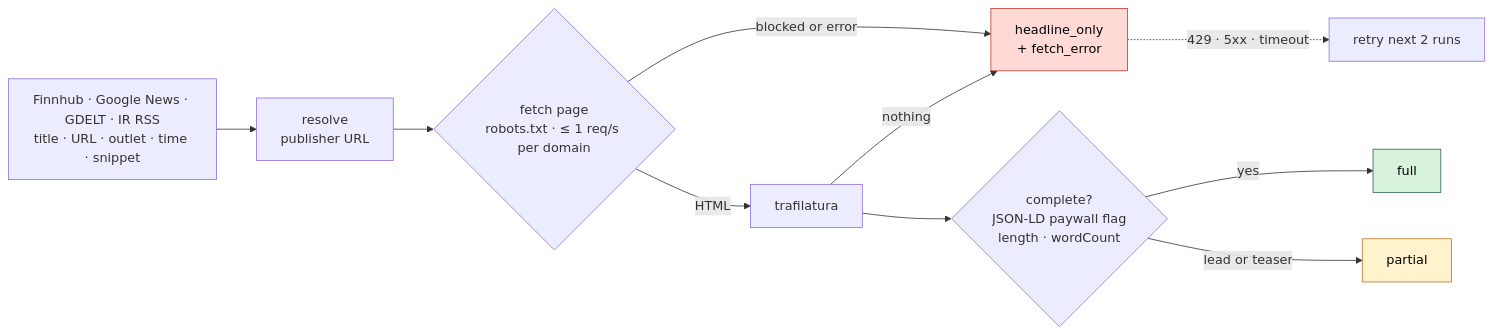
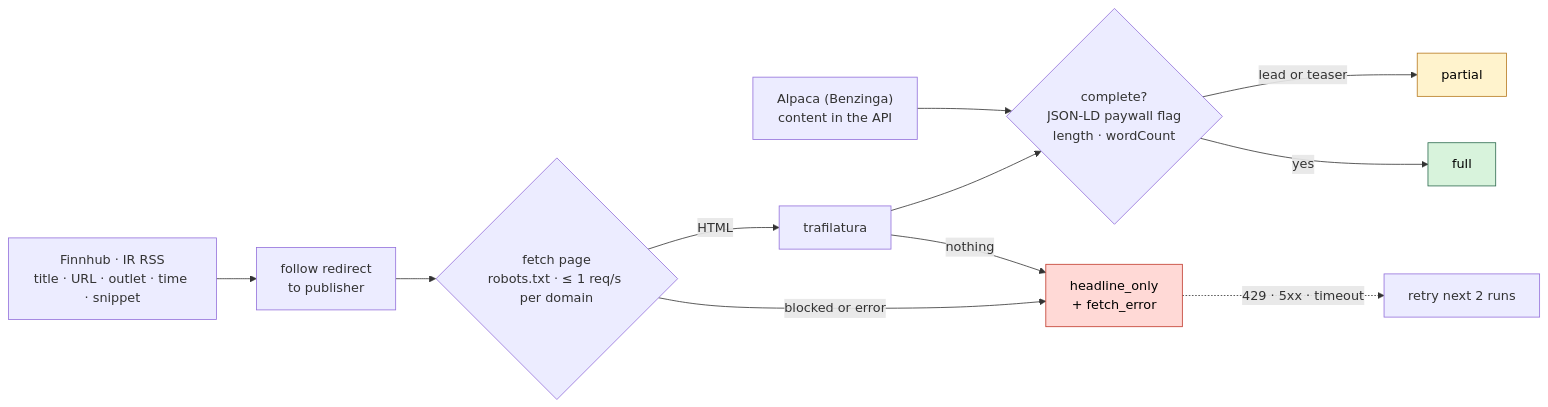
One commit to RyanKim04/invest-agent changed the diagram in docs/diagrams/news-body.mmd. Above: the diagram before and after it, drawn with Mermaid. The commit also changed 17 other files, not shown here.

```diff
--- a/docs/diagrams/news-body.mmd
+++ b/docs/diagrams/news-body.mmd
@@ -1,17 +1,18 @@
 flowchart LR
-    D["Finnhub · Google News · GDELT · IR RSS<br/>title · URL · outlet · time · snippet"] --> U["resolve<br/>publisher URL"]
+    D["Finnhub · IR RSS<br/>title · URL · outlet · time · snippet"] --> U["follow redirect<br/>to publisher"]
     U --> F{"fetch page<br/>robots.txt · ≤ 1 req/s per domain"}
+    A["Alpaca (Benzinga)<br/>content in the API"] --> C
     F -->|blocked or error| H["headline_only<br/>+ fetch_error"]
     F -->|HTML| E["trafilatura"]
     E -->|nothing| H
     E --> C{"complete?<br/>JSON-LD paywall flag<br/>length · wordCount"}
     C -->|yes| FULL["full"]
     C -->|lead or teaser| P["partial"]
     H -.->|429 · 5xx · timeout| R["retry next 2 runs"]
 
     classDef good fill:#d8f3dc,stroke:#2d6a4f,color:#000
     classDef mid fill:#fff3cd,stroke:#b7791f,color:#000
     classDef bad fill:#ffd9d6,stroke:#c0392b,color:#000
     class FULL good
     class P mid
     class H bad
```
